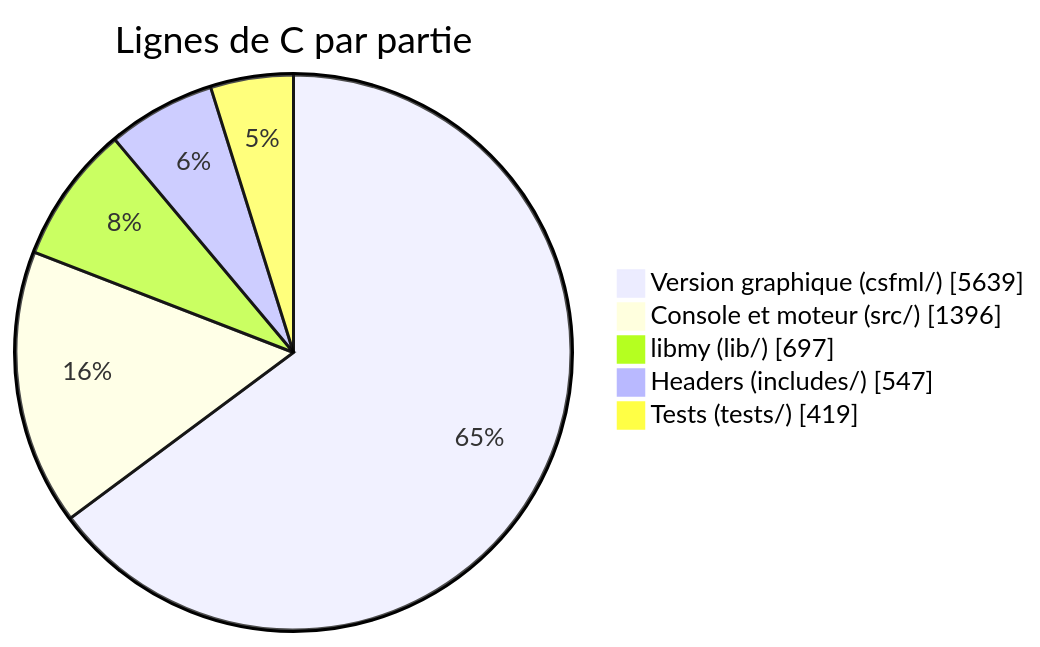
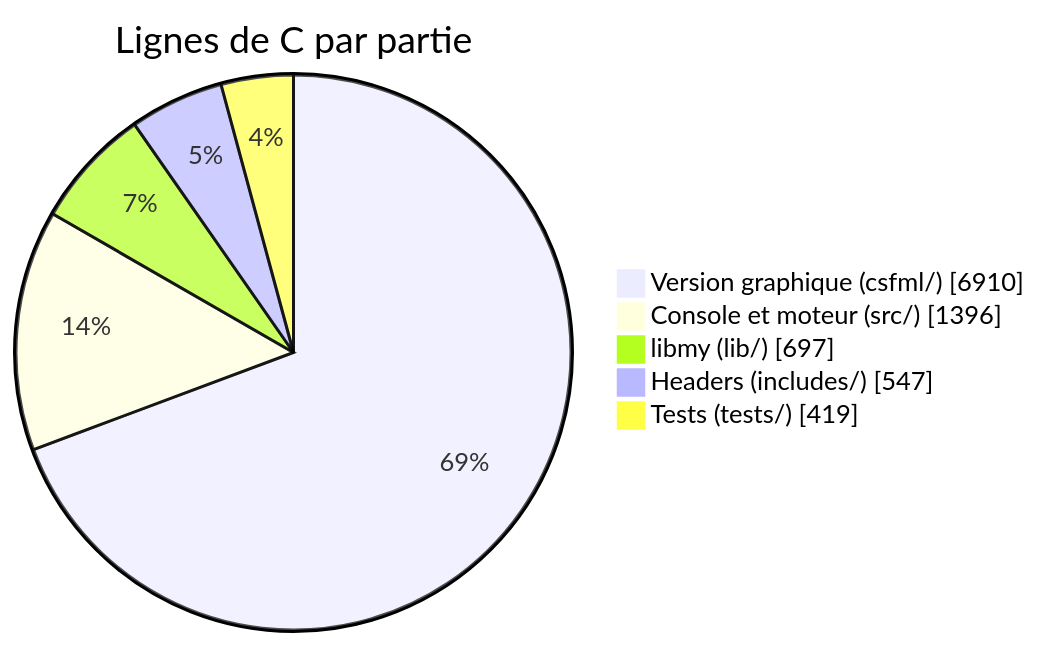
One commit to Vylllixis/RedStrings changed the seventh of 9 diagrams in README.md. Above: the diagram before and after it, drawn with Mermaid. The commit also changed other lines of this file and 2 other files, not shown here.

First line of the commit message:
📝 docs(readme): arborescence, tests et commandes de la version graphique

````diff
--- a/README.md
+++ b/README.md
@@ -683,9 +688,9 @@
 ```mermaid
 pie showData
     title Lignes de C par partie
-    "Version graphique (csfml/)" : 5639
+    "Version graphique (csfml/)" : 6910
     "Console et moteur (src/)" : 1396
     "libmy (lib/)" : 697
     "Headers (includes/)" : 547
     "Tests (tests/)" : 419
 ```
````
